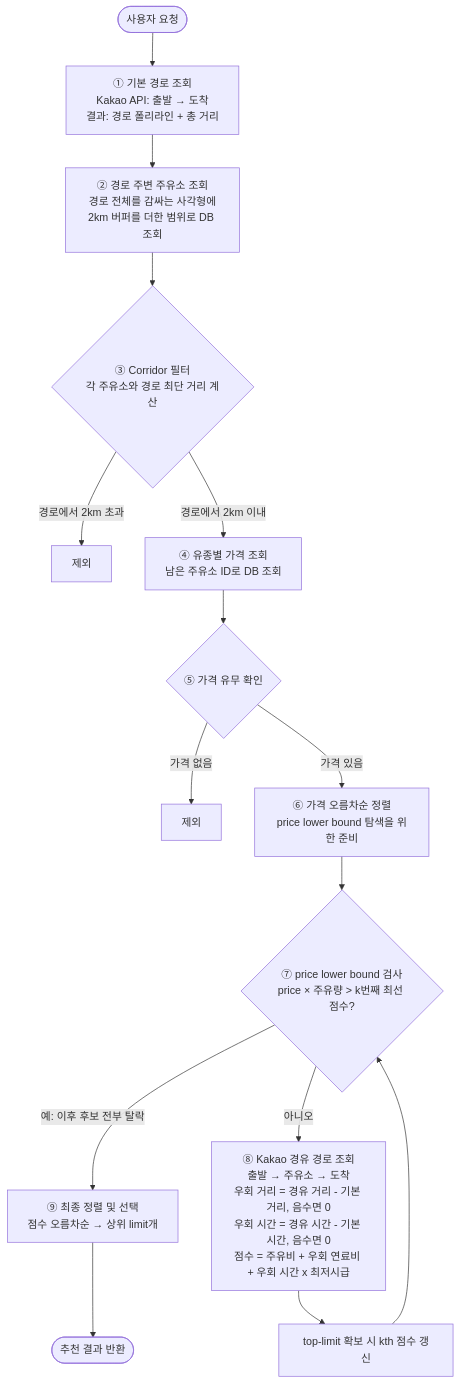
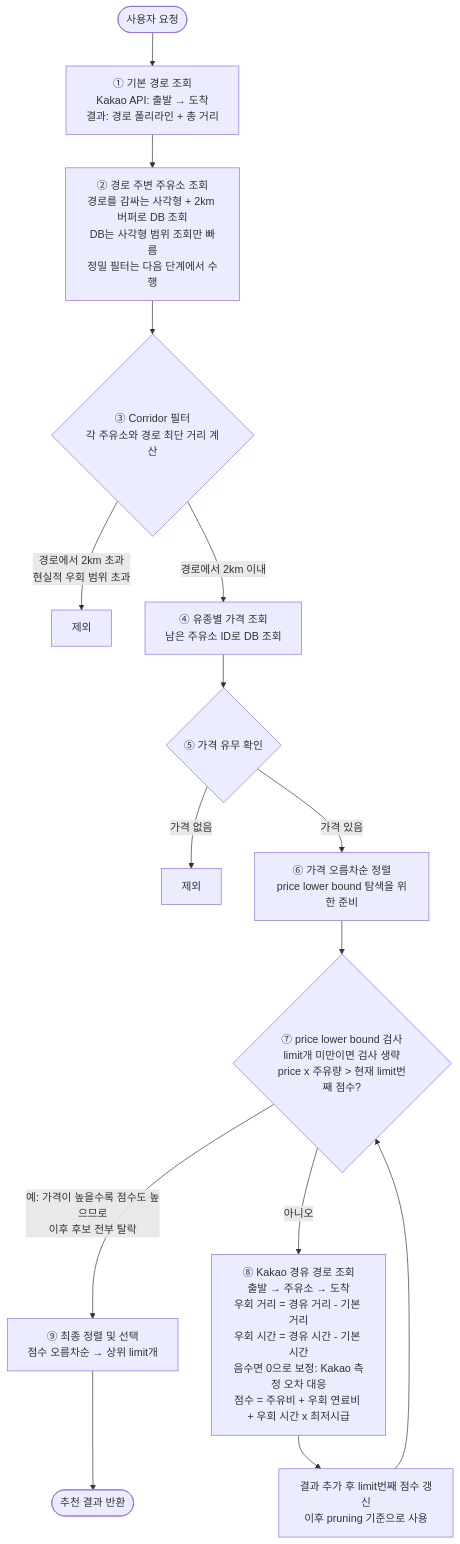
The fourth of 4 diagrams in docs/recommendation-flow.md (m-a-king/location-based-gas-station-recommendation), drawn with Mermaid before and after one commit. The commit also changed other lines of this file, not shown here.

Commit message:
docs: 다이어그램 각 단계에 의도·목적 설명 보강
- 반경 기반: 좌표 역변환 이유 추가, N개 → limit개 통일
- 경로 기반: MBR+버퍼 2단계 조회 이유 추가
- Corridor 2km: 현실적 우회 범위 초과 문구 추가
- lower bound 검사: limit개 미만 시 생략 조건 명시
- 음수 보정: Kakao 측정 오차 대응 이유 추가
- kth 점수 갱신: pruning 기준으로 사용됨을 명시

````diff
--- a/docs/recommendation-flow.md
+++ b/docs/recommendation-flow.md
@@ -137,35 +137,35 @@
 ```mermaid
 flowchart TD
     A([사용자 요청]) --> B
 
     B["① 기본 경로 조회<br/>Kakao API: 출발 → 도착<br/>결과: 경로 폴리라인 + 총 거리"]
     B --> C
 
-    C["② 경로 주변 주유소 조회<br/>경로 전체를 감싸는 사각형에<br/>2km 버퍼를 더한 범위로 DB 조회"]
+    C["② 경로 주변 주유소 조회<br/>경로를 감싸는 사각형 + 2km 버퍼로 DB 조회<br/>DB는 사각형 범위 조회만 빠름<br/>정밀 필터는 다음 단계에서 수행"]
     C --> D
 
     D{"③ Corridor 필터<br/>각 주유소와 경로 최단 거리 계산"}
-    D -->|경로에서 2km 초과| DISC1[제외]
+    D -->|경로에서 2km 초과<br/>현실적 우회 범위 초과| DISC1[제외]
     D -->|경로에서 2km 이내| E
 
     E["④ 유종별 가격 조회<br/>남은 주유소 ID로 DB 조회"]
     E --> F
 
     F{"⑤ 가격 유무 확인"}
     F -->|가격 없음| DISC2[제외]
     F -->|가격 있음| G
 
     G["⑥ 가격 오름차순 정렬<br/>price lower bound 탐색을 위한 준비"]
     G --> H
 
-    H{"⑦ price lower bound 검사<br/>price × 주유량 > k번째 최선 점수?"}
-    H -->|예: 이후 후보 전부 탈락| J
+    H{"⑦ price lower bound 검사<br/>limit개 미만이면 검사 생략<br/>price x 주유량 > 현재 limit번째 점수?"}
+    H -->|예: 가격이 높을수록 점수도 높으므로<br/>이후 후보 전부 탈락| J
     H -->|아니오| I
 
-    I["⑧ Kakao 경유 경로 조회<br/>출발 → 주유소 → 도착<br/>우회 거리 = 경유 거리 - 기본 거리, 음수면 0<br/>우회 시간 = 경유 시간 - 기본 시간, 음수면 0<br/>점수 = 주유비 + 우회 연료비 + 우회 시간 x 최저시급"]
-    I --> H2["top-limit 확보 시 kth 점수 갱신"]
+    I["⑧ Kakao 경유 경로 조회<br/>출발 → 주유소 → 도착<br/>우회 거리 = 경유 거리 - 기본 거리<br/>우회 시간 = 경유 시간 - 기본 시간<br/>음수면 0으로 보정: Kakao 측정 오차 대응<br/>점수 = 주유비 + 우회 연료비 + 우회 시간 x 최저시급"]
+    I --> H2["결과 추가 후 limit번째 점수 갱신<br/>이후 pruning 기준으로 사용"]
     H2 --> H
 
     J["⑨ 최종 정렬 및 선택<br/>점수 오름차순 → 상위 limit개"]
     J --> K([추천 결과 반환])
 ```
````
